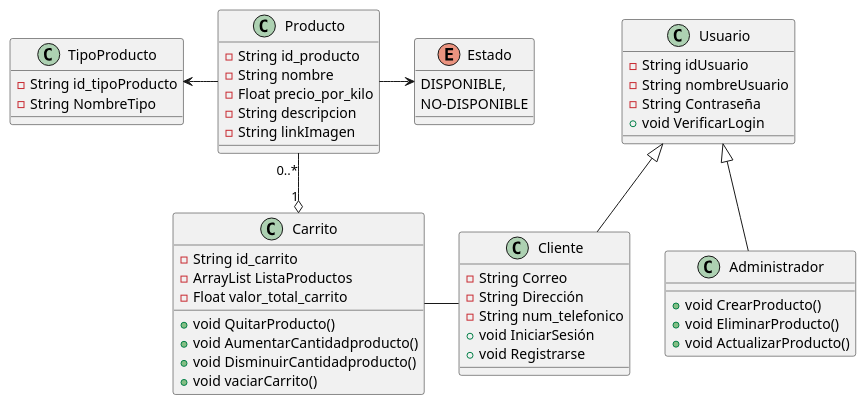
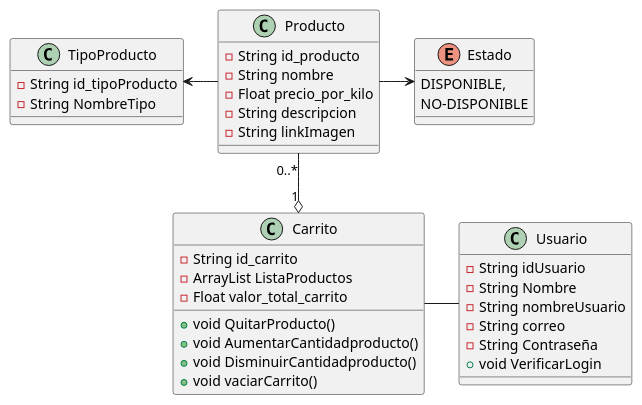
Before and after one commit to SrRobls/ProyectoCiclo3Mintic: the diagram in los-campesinos/DiagramaClases.puml, drawn with PlantUML. The commit also changed 5 other files, not shown here.

```diff
--- a/los-campesinos/DiagramaClases.puml
+++ b/los-campesinos/DiagramaClases.puml
@@ -1,60 +1,48 @@
 @startuml
 
 class Usuario{
     - String idUsuario
+    - String Nombre
     - String nombreUsuario
+    - String correo
     - String Contraseña
     + void VerificarLogin
 }
 
-class Administrador{
-    + void CrearProducto()
-    + void EliminarProducto()
-    + void ActualizarProducto()
-}
-
-class Cliente{
-    - String Correo
-    - String Dirección
-    - String num_telefonico
-    + void IniciarSesión
-    + void Registrarse 
-}
 
 class Carrito{
     - String id_carrito
     - ArrayList ListaProductos
     - Float valor_total_carrito
     + void QuitarProducto()
     + void AumentarCantidadproducto()
     + void DisminuirCantidadproducto()
     + void vaciarCarrito()
 }
 
 class Producto{
     - String id_producto
     - String nombre
     - Float precio_por_kilo
     - String descripcion
     - String linkImagen
 
 }
 
 enum Estado{
     DISPONIBLE,
     NO-DISPONIBLE
 }
 
 Class TipoProducto{
     - String id_tipoProducto
     - String NombreTipo
 }
 
-Administrador -UP-|> Usuario
-Cliente -UP-|> Usuario
-Cliente -left- Carrito
+
+Usuario -left- Carrito
 Carrito "1" o-Up- "0..*" Producto
 Producto -RIGHT-> Estado
 Producto -Left-> TipoProducto 
 
 @enduml
```
